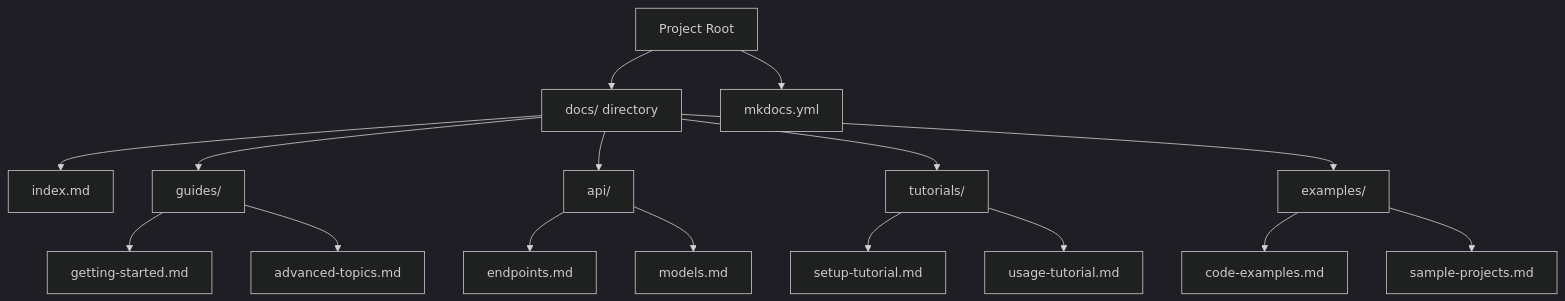
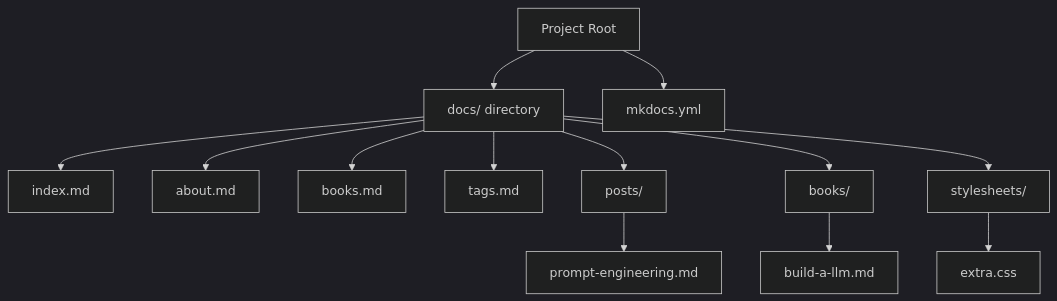
One commit to UltraOptiMega/UltraOptiMega.github.io changed the diagram in .qoder/repowiki/en/content/Content Creation.md. Above: the diagram before and after it, drawn with Mermaid (dark theme). The commit also changed other lines of this file and 6 other files, not shown here.

````diff
--- a/.qoder/repowiki/en/content/Content Creation.md
+++ b/.qoder/repowiki/en/content/Content Creation.md
@@ -33,18 +46,15 @@
 ```mermaid
 graph TB
 root["Project Root"] --> docs["docs/ directory"]
 root --> mkdocs["mkdocs.yml"]
 docs --> index["index.md"]
-docs --> guides["guides/"]
-docs --> api["api/"]
-docs --> tutorials["tutorials/"]
-docs --> examples["examples/"]
-guides --> getting_started["getting-started.md"]
-guides --> advanced_topics["advanced-topics.md"]
-api --> endpoints["endpoints.md"]
-api --> models["models.md"]
-tutorials --> setup_tutorial["setup-tutorial.md"]
-tutorials --> usage_tutorial["usage-tutorial.md"]
-examples --> code_examples["code-examples.md"]
-examples --> sample_projects["sample-projects.md"]
+docs --> about["about.md"]
+docs --> books["books.md"]
+docs --> tags["tags.md"]
+docs --> posts_dir["posts/"]
+docs --> books_dir["books/"]
+docs --> stylesheets["stylesheets/"]
+posts_dir --> prompt_eng["prompt-engineering.md"]
+books_dir --> build_llm["build-a-llm.md"]
+stylesheets --> extra_css["extra.css"]
 ```
````
